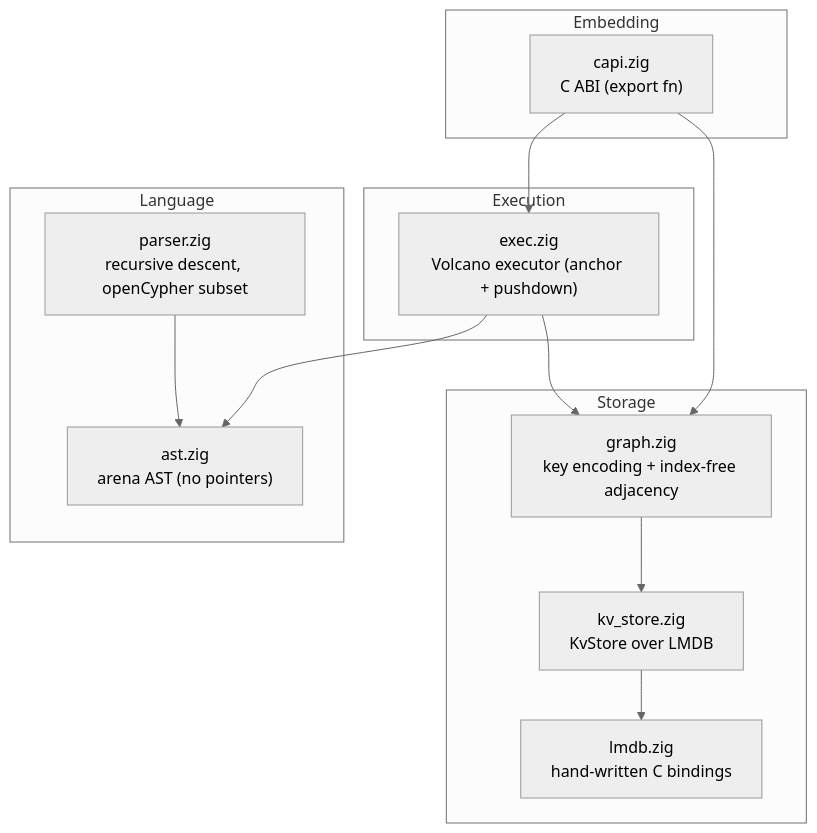
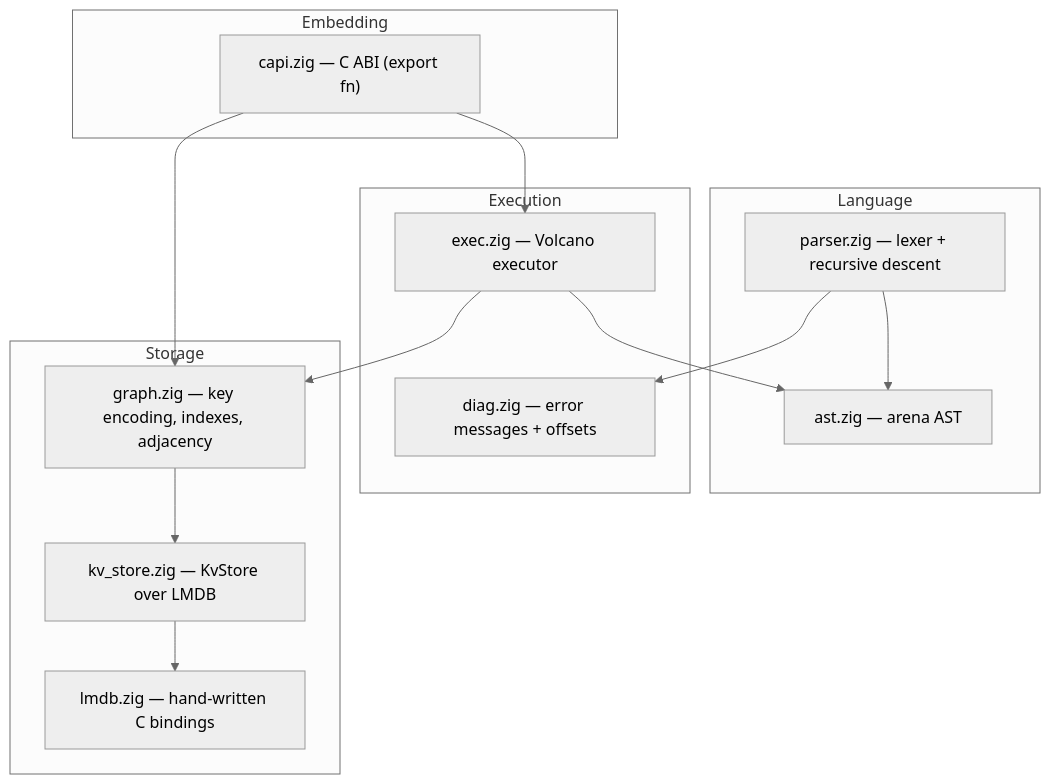
Before and after one commit to acasadom/zypherdb: the first of 2 diagrams in docs/guide/architecture.md, drawn with Mermaid (neutral theme). The commit also changed other lines of this file and 7 other files, not shown here.

````diff
--- a/docs/guide/architecture.md
+++ b/docs/guide/architecture.md
@@ -14,26 +35,28 @@
 ```{mermaid}
 flowchart TB
-  subgraph L1["Storage"]
-    KV["kv_store.zig<br/>KvStore over LMDB"]
-    LMDB["lmdb.zig<br/>hand-written C bindings"]
-    Graph["graph.zig<br/>key encoding + index-free adjacency"]
+  subgraph embed["Embedding"]
+    CAPI["capi.zig — C ABI (export fn)"]
   end
-  subgraph L2["Language"]
-    AST["ast.zig<br/>arena AST (no pointers)"]
-    Parser["parser.zig<br/>recursive descent, openCypher subset"]
+  subgraph lang["Language"]
+    Parser["parser.zig — lexer + recursive descent"]
+    AST["ast.zig — arena AST"]
   end
-  subgraph L3["Execution"]
-    Exec["exec.zig<br/>Volcano executor (anchor + pushdown)"]
+  subgraph exec["Execution"]
+    Exec["exec.zig — Volcano executor"]
+    Diag["diag.zig — error messages + offsets"]
   end
-  subgraph L4["Embedding"]
-    CAPI["capi.zig<br/>C ABI (export fn)"]
+  subgraph storage["Storage"]
+    Graph["graph.zig — key encoding, indexes, adjacency"]
+    KV["kv_store.zig — KvStore over LMDB"]
+    LMDB["lmdb.zig — hand-written C bindings"]
   end
 
-  Parser --> AST
+  CAPI --> Exec
+  CAPI --> Graph
   Exec --> AST
   Exec --> Graph
+  Parser --> AST
+  Parser --> Diag
   Graph --> KV
   KV --> LMDB
-  CAPI --> Exec
-  CAPI --> Graph
 ```
````
